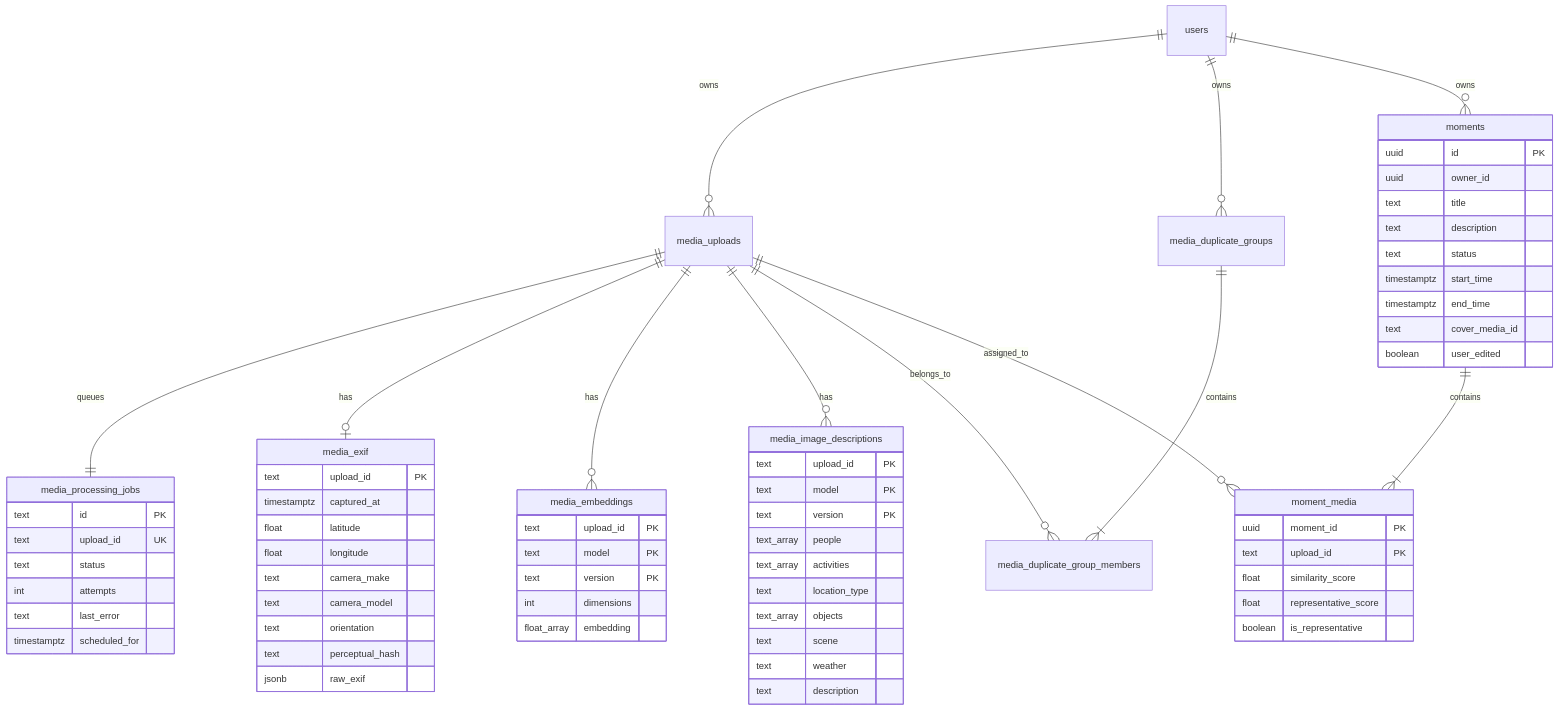
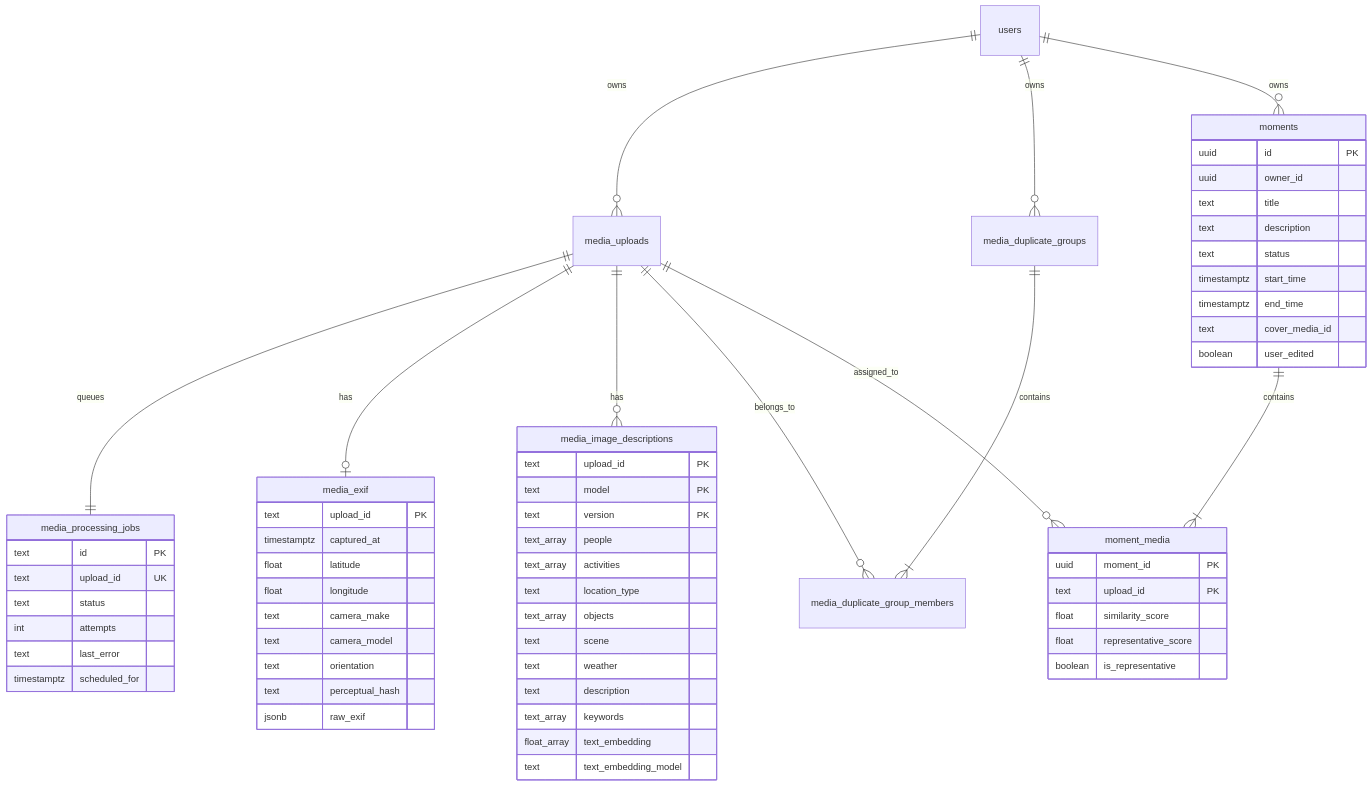
Before and after one commit to pal-paul/pal-next-gallery-server: the ninth of 9 diagrams in docs/photo_moments.md, drawn with Mermaid. The commit also changed other lines of this file and 57 other files, not shown here.

````diff
--- a/docs/photo_moments.md
+++ b/docs/photo_moments.md
@@ -454,76 +453,70 @@
 ```mermaid
 erDiagram
     users ||--o{ media_uploads : owns
     media_uploads ||--|| media_processing_jobs : queues
     media_uploads ||--o| media_exif : has
-    media_uploads ||--o{ media_embeddings : has
     media_uploads ||--o{ media_image_descriptions : has
     users ||--o{ media_duplicate_groups : owns
     media_duplicate_groups ||--|{ media_duplicate_group_members : contains
     media_uploads ||--o{ media_duplicate_group_members : belongs_to
     users ||--o{ moments : owns
     moments ||--|{ moment_media : contains
     media_uploads ||--o{ moment_media : assigned_to
 
     media_processing_jobs {
         text id PK
         text upload_id UK
         text status
         int attempts
         text last_error
         timestamptz scheduled_for
     }
 
     media_exif {
         text upload_id PK
         timestamptz captured_at
         float latitude
         float longitude
         text camera_make
         text camera_model
         text orientation
         text perceptual_hash
         jsonb raw_exif
     }
 
-    media_embeddings {
-        text upload_id PK
-        text model PK
-        text version PK
-        int dimensions
-        float_array embedding
-    }
-
     media_image_descriptions {
         text upload_id PK
         text model PK
         text version PK
         text_array people
         text_array activities
         text location_type
         text_array objects
         text scene
         text weather
         text description
+        text_array keywords
+        float_array text_embedding
+        text text_embedding_model
     }
 
     moments {
         uuid id PK
         uuid owner_id
         text title
         text description
         text status
         timestamptz start_time
         timestamptz end_time
         text cover_media_id
         boolean user_edited
     }
 
     moment_media {
         uuid moment_id PK
         text upload_id PK
         float similarity_score
         float representative_score
         boolean is_representative
     }
 ```
````
